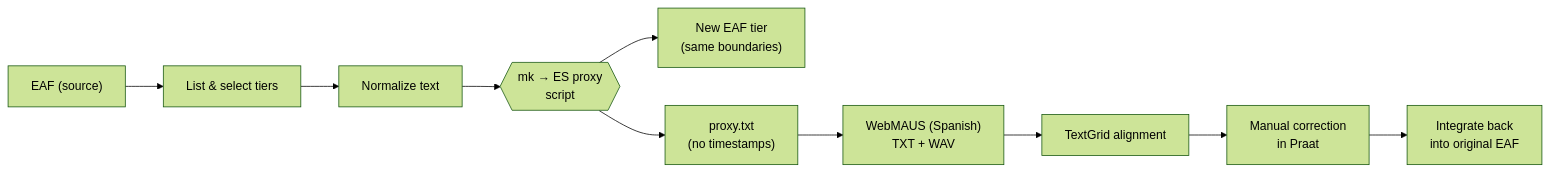
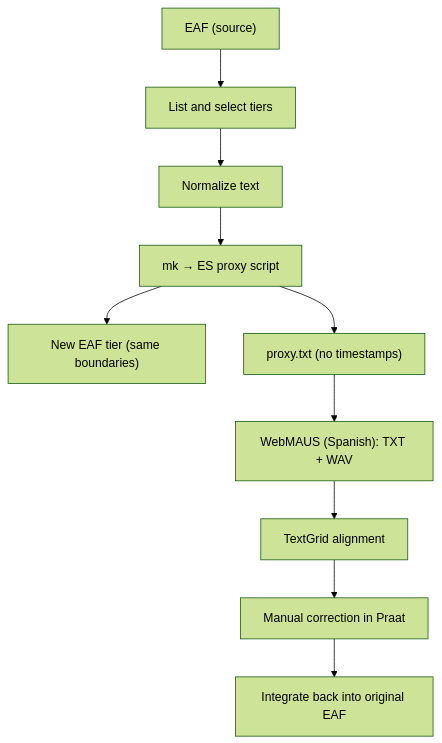
Before and after one commit to lcontrerasroa/macedonian: the diagram in README.md, drawn with Mermaid (forest theme).

````diff
--- a/README.md
+++ b/README.md
@@ -97,12 +97,17 @@
 ```mermaid
-flowchart LR
-  A["EAF (source)"] --> B["List & select tiers"]
-  B --> C["Normalize text"]
-  C --> D{{"mk → ES proxy<br/>script"}}
-  D --> E["New EAF tier<br/>(same boundaries)"]
-  D --> F["proxy.txt<br/>(no timestamps)"]
-  F --> G["WebMAUS (Spanish)<br/>TXT + WAV"]
-  G --> H["TextGrid alignment"]
-  H --> I["Manual correction<br/>in Praat"]
-  I --> J["Integrate back<br/>into original EAF"]
+flowchart TD
+  A["EAF (source)"]
+  B["List and select tiers"]
+  C["Normalize text"]
+  D["mk → ES proxy script"]
+  E["New EAF tier (same boundaries)"]
+  F["proxy.txt (no timestamps)"]
+  G["WebMAUS (Spanish): TXT + WAV"]
+  H["TextGrid alignment"]
+  I["Manual correction in Praat"]
+  J["Integrate back into original EAF"]
+
+  A --> B --> C --> D
+  D --> E
+  D --> F --> G --> H --> I --> J
 ```
````
